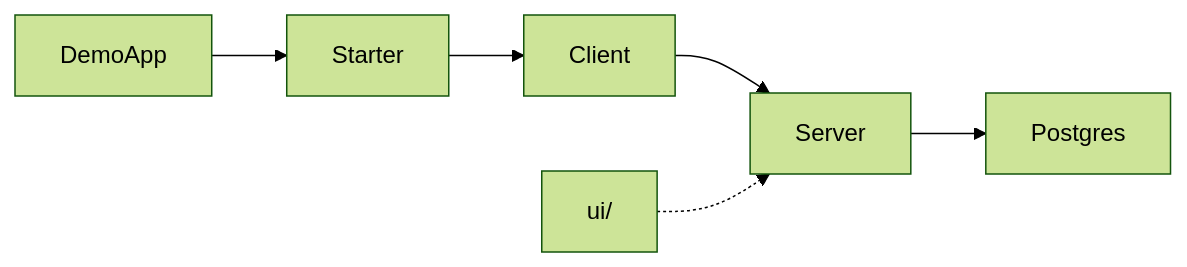
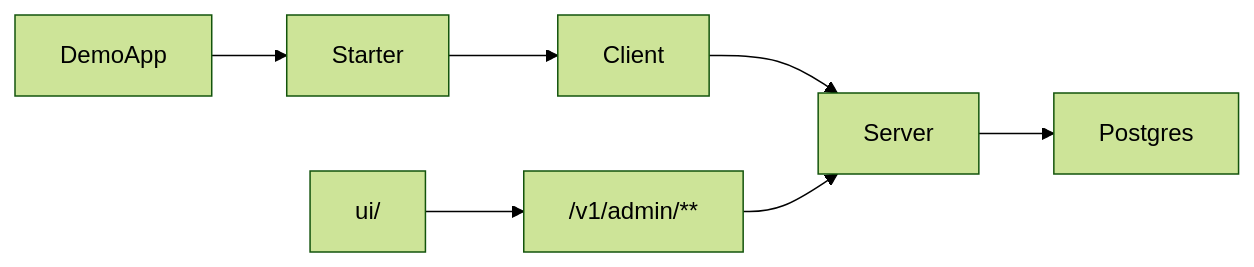
One commit to phihocnguyen/idemgate changed the diagram in docs/architecture.md. Above: the diagram before and after it, drawn with Mermaid (forest theme). The commit also changed other lines of this file and 3 other files, not shown here.

Commit message:
docs: document admin API and dashboard

````diff
--- a/docs/architecture.md
+++ b/docs/architecture.md
@@ -15,8 +15,9 @@
 ```mermaid
 flowchart LR
   DemoApp --> Starter
   Starter --> Client
   Client --> Server
   Server --> Postgres
-  FutureUI["ui/"] -.-> Server
+  Dashboard["ui/"] --> AdminAPI["/v1/admin/**"]
+  AdminAPI --> Server
 ```
````
